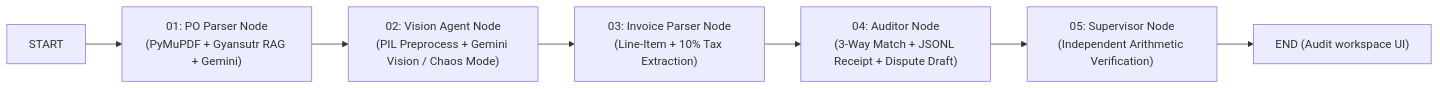
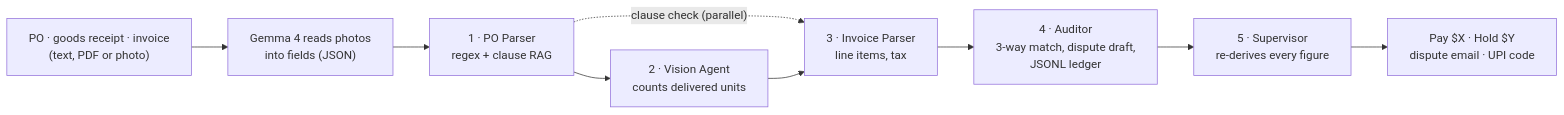
The diagram in README.md (Auenchanters/SYNCHRON-Overlord), drawn with Mermaid before and after one commit. The commit also changed other lines of this file and 40 other files, not shown here.

````diff
--- a/README.md
+++ b/README.md
@@ -39,9 +148,11 @@
 ```mermaid
 flowchart LR
-    A["START"] --> B["01: PO Parser Node<br/>(PyMuPDF + Gyansutr RAG + Gemini)"]
-    B --> C["02: Vision Agent Node<br/>(PIL Preprocess + Gemini Vision / Chaos Mode)"]
-    C --> D["03: Invoice Parser Node<br/>(Line-Item + 10% Tax Extraction)"]
-    D --> E["04: Auditor Node<br/>(3-Way Match + JSONL Receipt + Dispute Draft)"]
-    E --> F["05: Supervisor Node<br/>(Independent Arithmetic Verification)"]
-    F --> G["END (Audit workspace UI)"]
+    IN["PO · goods receipt · invoice<br/>(text, PDF or photo)"] --> R["Gemma 4 reads photos<br/>into fields (JSON)"]
+    R --> P["1 · PO Parser<br/>regex + clause RAG"]
+    P --> V["2 · Vision Agent<br/>counts delivered units"]
+    P -. "clause check (parallel)" .-> I
+    V --> I["3 · Invoice Parser<br/>line items, tax"]
+    I --> A["4 · Auditor<br/>3-way match, dispute draft,<br/>JSONL ledger"]
+    A --> S["5 · Supervisor<br/>re-derives every figure"]
+    S --> OUT["Pay $X · Hold $Y<br/>dispute email · UPI code"]
 ```
````
